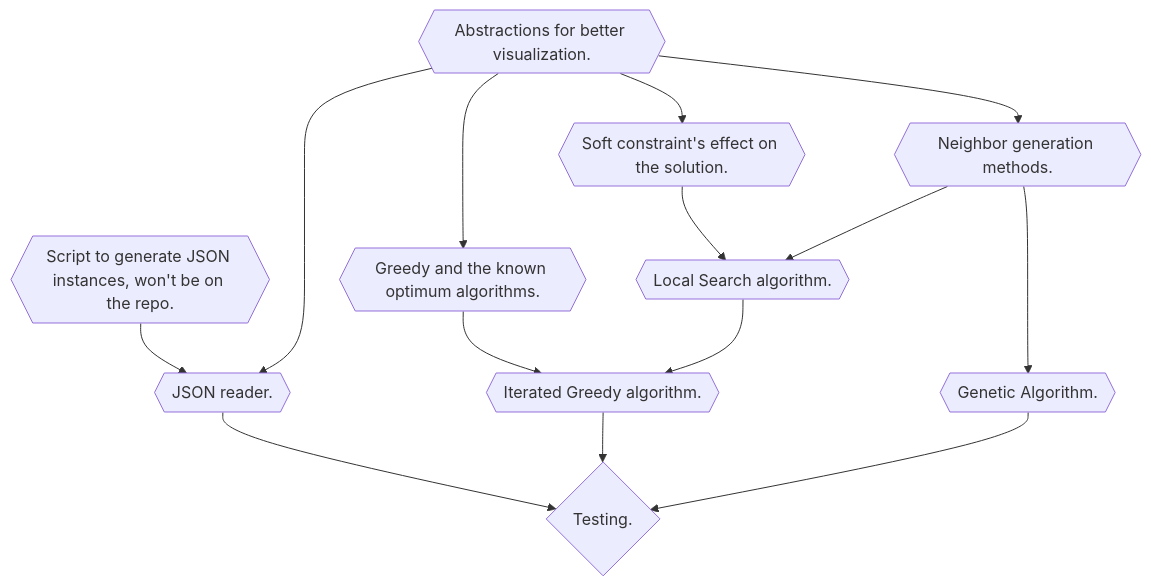
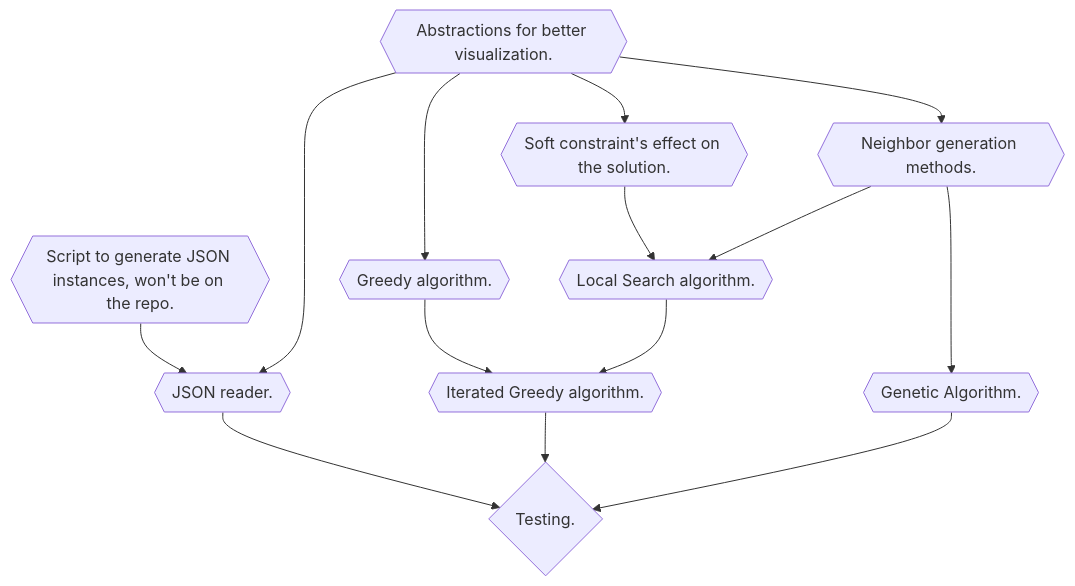
Before and after one commit to cicerocipriano/seminario3_inf284: the diagram in README.md, drawn with Mermaid.

````diff
--- a/README.md
+++ b/README.md
@@ -5,26 +5,26 @@
 ```mermaid
   flowchart TB
     phase1{{Script to generate JSON instances, won't be on the repo.}}
     phase2{{Abstractions for better visualization.}}
     phase3{{JSON reader.}}
-    phase4{{Greedy and the known optimum algorithms.}}
+    phase4{{Greedy algorithm.}}
     phase5{{Neighbor generation methods.}}
     phase6{{Soft constraint's effect on the solution.}}
     phase7{{Local Search algorithm.}}
     phase8{{Iterated Greedy algorithm.}}
     phase9{{Genetic Algorithm.}}
     phase10{Testing.}
     phase1 --> phase3
     phase2 --> phase3
     phase2 --> phase4
     phase2 --> phase6
     phase2 --> phase5
     phase5 --> phase7
     phase6 --> phase7
     phase4 --> phase8
     phase7 --> phase8
     phase5 --> phase9
     phase3 --> phase10
     phase8 --> phase10
     phase9 --> phase10
 ```
````
